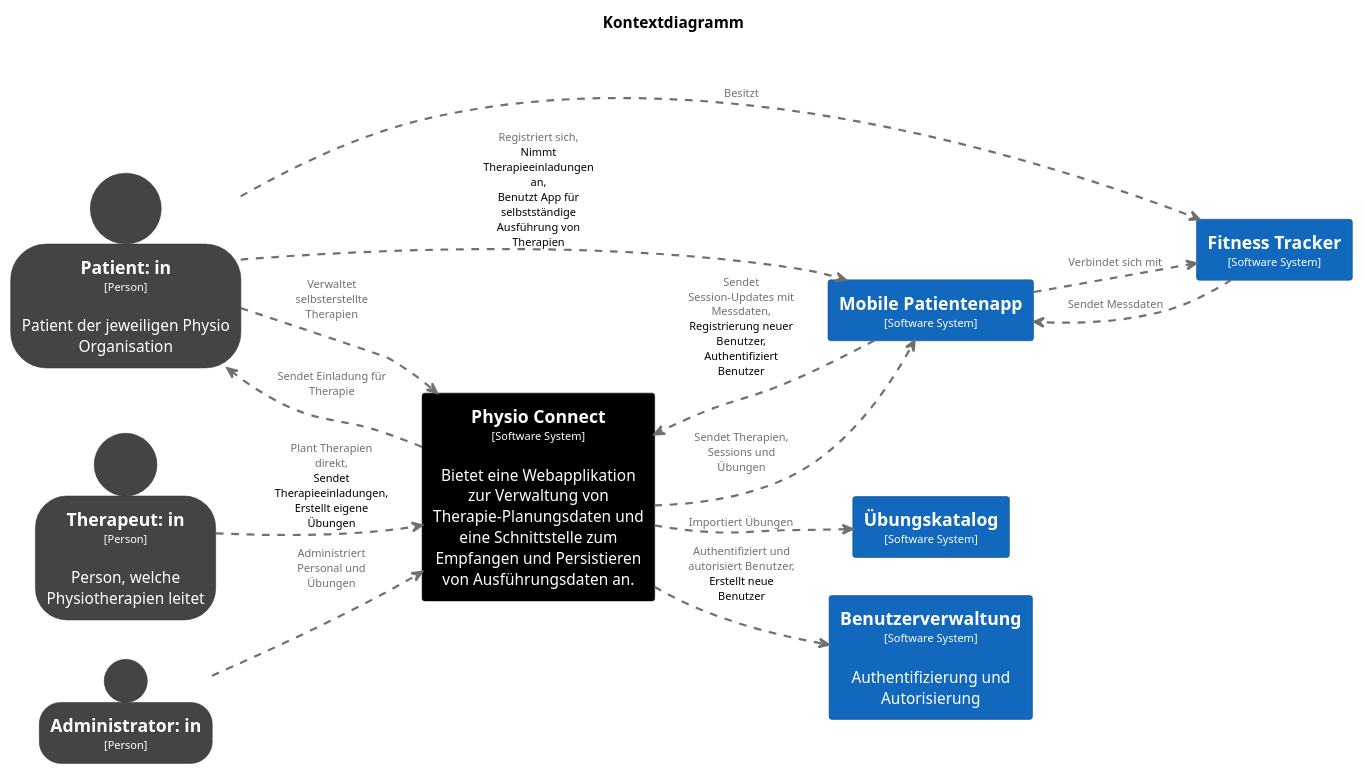
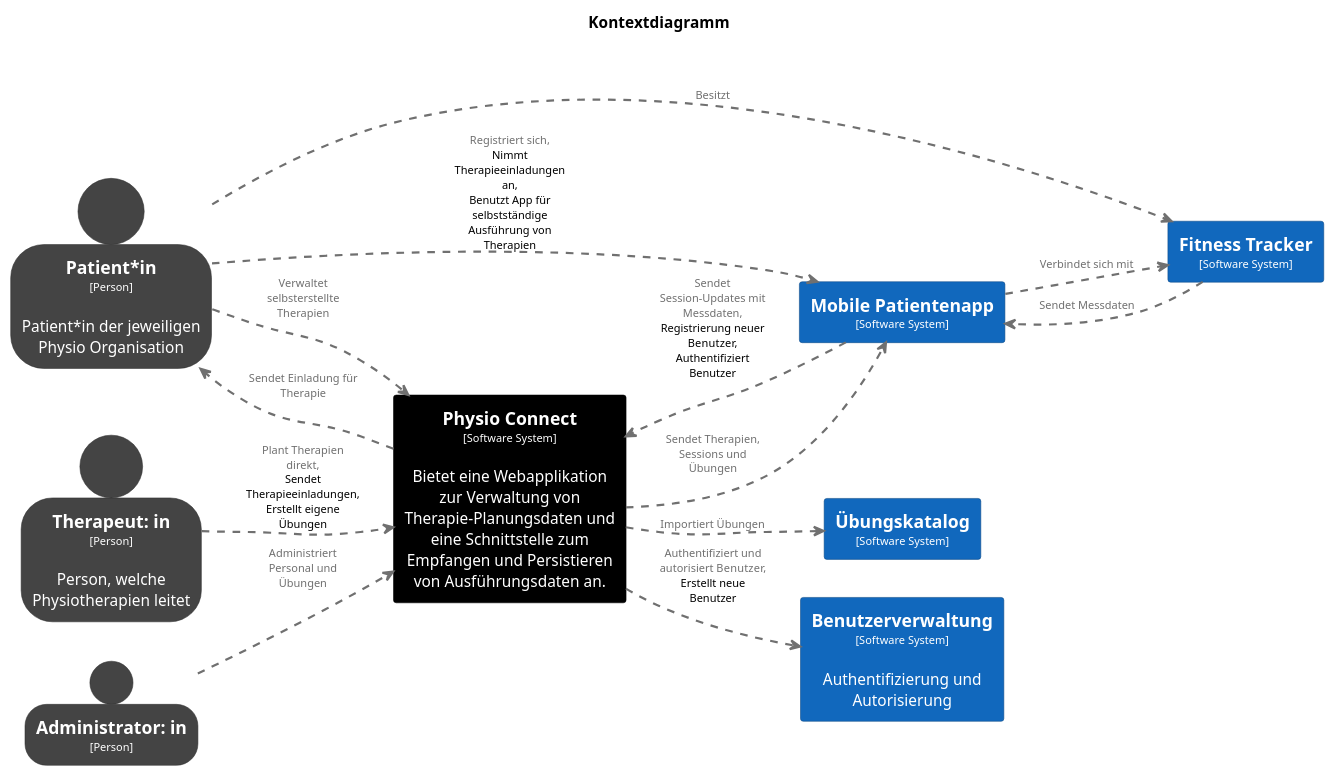
The diagram in arc42_documentation/additional_diagrams/context_diagram.puml (markuskaufmann/CAS_SA_Transfer), drawn with PlantUML before and after one commit. The commit also changed 12 other files, not shown here.

```diff
--- a/arc42_documentation/additional_diagrams/context_diagram.puml
+++ b/arc42_documentation/additional_diagrams/context_diagram.puml
@@ -1,96 +1,96 @@
 @startuml
 title Kontextdiagramm
 
 left to right direction
 
 
 skinparam {
   shadowing false
   arrowFontSize 10
   defaultTextAlignment center
   wrapWidth 200
   maxMessageSize 100
 }
 
 hide stereotype
 
 skinparam person<<Administratorin>> {
   BackgroundColor #444444
   FontColor #ffffff
   BorderColor #2f2f2f
 }
 skinparam rectangle<<Benutzerverwaltung>> {
   BackgroundColor #1168bd
   FontColor #ffffff
   BorderColor #0b4884
 }
 skinparam rectangle<<FitnessTracker>> {
   BackgroundColor #1168bd
   FontColor #ffffff
   BorderColor #0b4884
 }
 skinparam rectangle<<MobilePatientenapp>> {
   BackgroundColor #1168bd
   FontColor #ffffff
   BorderColor #0b4884
 }
 skinparam person<<Patientin>> {
   BackgroundColor #444444
   FontColor #ffffff
   BorderColor #2f2f2f
 }
 skinparam rectangle<<PhysioConnect>> {
   BackgroundColor #000000
   FontColor #ffffff
   BorderColor #000000
 }
 skinparam person<<Therapeutin>> {
   BackgroundColor #444444
   FontColor #ffffff
   BorderColor #2f2f2f
 }
 skinparam rectangle<<Übungskatalog>> {
   BackgroundColor #1168bd
   FontColor #ffffff
   BorderColor #0b4884
 }
 
 
 skinparam PackageBorderColor<<enterprise>> #444444
 skinparam PackageFontColor<<enterprise>> #444444
 
 rectangle "==Physio Connect\n<size:10>[Software System]</size>\n\nBietet eine Webapplikation zur Verwaltung von Therapie-Planungsdaten und eine Schnittstelle zum Empfangen und Persistieren von Ausführungsdaten an." <<PhysioConnect>> as PhysioConnect
 rectangle "==Mobile Patientenapp\n<size:10>[Software System]</size>" <<MobilePatientenapp>> as MobilePatientenapp
 rectangle "==Übungskatalog\n<size:10>[Software System]</size>" <<Übungskatalog>> as Übungskatalog
 rectangle "==Benutzerverwaltung\n<size:10>[Software System]</size>\n\nAuthentifizierung und Autorisierung" <<Benutzerverwaltung>> as Benutzerverwaltung
 
 
 
 skinparam PackageBorderColor<<group:Patient>> #589fd8
 skinparam PackageFontColor<<group:Patient>> #589fd8
 
-person "==Patient: in\n<size:10>[Person]</size>\n\nPatient der jeweiligen Physio Organisation" <<Patientin>> as Patientin
+person "==Patient*in\n<size:10>[Person]</size>\n\nPatient*in der jeweiligen Physio Organisation" <<Patientin>> as Patientin
 rectangle "==Fitness Tracker\n<size:10>[Software System]</size>" <<FitnessTracker>> as FitnessTracker
 
 
 skinparam PackageBorderColor<<group:Physiounternehmung>> #b6862e
 skinparam PackageFontColor<<group:Physiounternehmung>> #b6862e
 
 person "==Therapeut: in\n<size:10>[Person]</size>\n\nPerson, welche Physiotherapien leitet" <<Therapeutin>> as Therapeutin
 person "==Administrator: in\n<size:10>[Person]</size>" <<Administratorin>> as Administratorin
 
 
 
 PhysioConnect .[#707070,thickness=2].> Patientin : "<color:#707070>Sendet Einladung für Therapie"
 Administratorin .[#707070,thickness=2].> PhysioConnect : "<color:#707070>Administriert Personal und Übungen"
 Therapeutin .[#707070,thickness=2].> PhysioConnect : "<color:#707070>Plant Therapien direkt,\nSendet Therapieeinladungen,\nErstellt eigene Übungen"
 Patientin .[#707070,thickness=2].> MobilePatientenapp : "<color:#707070>Registriert sich,\nNimmt Therapieeinladungen an,\nBenutzt App für selbstständige Ausführung von Therapien"
 Patientin .[#707070,thickness=2].> FitnessTracker : "<color:#707070>Besitzt"
 Patientin .[#707070,thickness=2]> PhysioConnect : "<color:#707070>Verwaltet selbsterstellte Therapien"
 MobilePatientenapp .[#707070,thickness=2].> FitnessTracker : "<color:#707070>Verbindet sich mit"
 FitnessTracker .[#707070,thickness=2].> MobilePatientenapp : "<color:#707070>Sendet Messdaten"
 MobilePatientenapp .[#707070,thickness=2].> PhysioConnect : "<color:#707070>Sendet Session-Updates mit Messdaten,\nRegistrierung neuer Benutzer,\nAuthentifiziert Benutzer"
 PhysioConnect .[#707070,thickness=2].> MobilePatientenapp : "<color:#707070>Sendet Therapien, Sessions und Übungen"
 PhysioConnect .[#707070,thickness=2].> Übungskatalog : "<color:#707070>Importiert Übungen"
 PhysioConnect .[#707070,thickness=2].> Benutzerverwaltung : "<color:#707070>Authentifiziert und autorisiert Benutzer,\nErstellt neue Benutzer"
 @enduml
```
